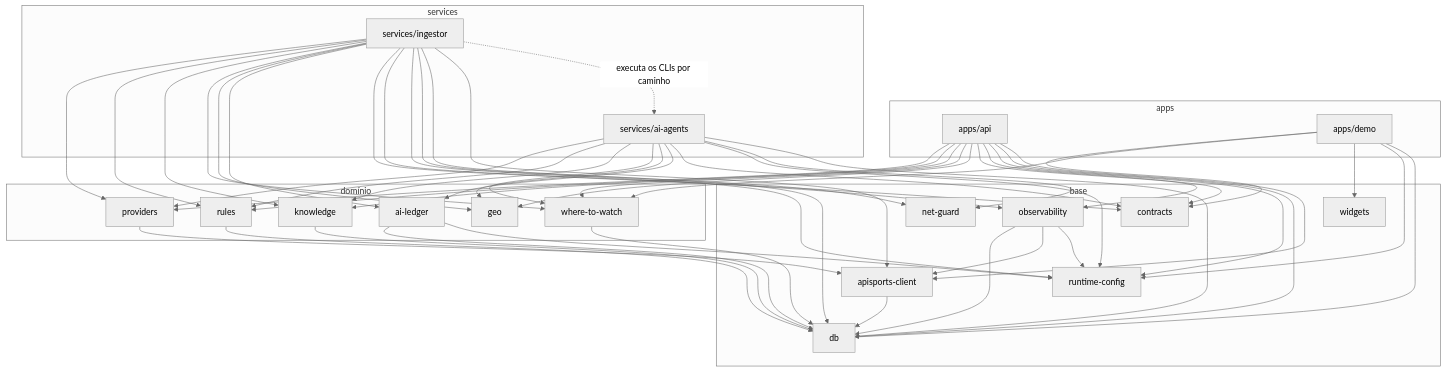
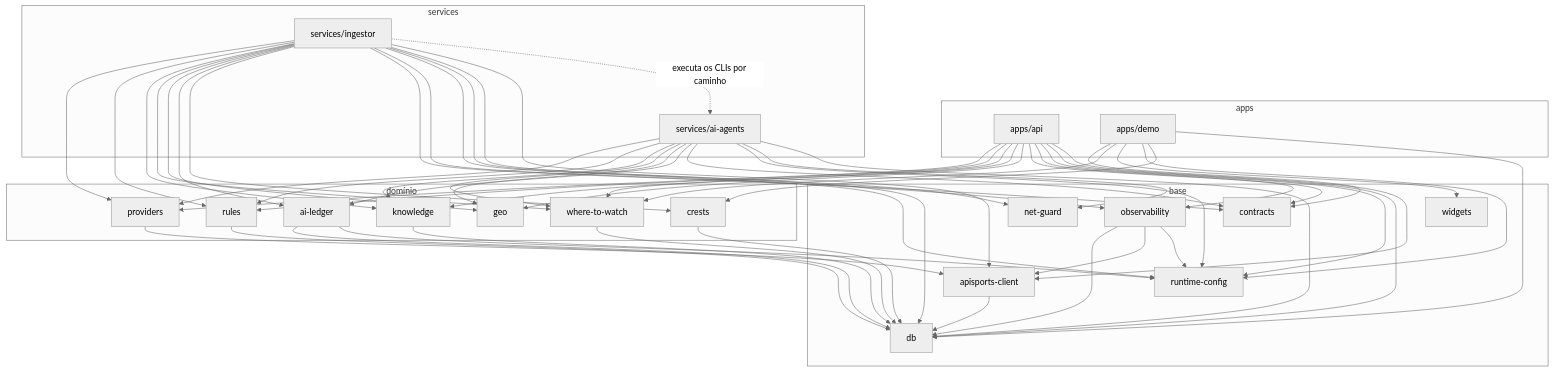
The diagram in docs/15-organizacao-do-monorepo.md (galaxie-works/galaxie-sports), drawn with Mermaid (neutral theme) before and after one commit. The commit also changed other lines of this file and 58 other files, not shown here.

````diff
--- a/docs/15-organizacao-do-monorepo.md
+++ b/docs/15-organizacao-do-monorepo.md
@@ -47,39 +48,40 @@
 ```mermaid
 flowchart TB
   subgraph apps
     API[apps/api]
     DEMO[apps/demo]
   end
   subgraph services
     ING[services/ingestor]
     AI[services/ai-agents]
   end
   subgraph domínio
     PROV[providers]
     RULES[rules]
     KNOW[knowledge]
     WTW[where-to-watch]
     GEO[geo]
     LEDGER[ai-ledger]
+    CREST[crests]
   end
   subgraph base
     DB[db]
     APIS[apisports-client]
     CONTR[contracts]
     RC[runtime-config]
     OBS[observability]
     NET[net-guard]
     WID[widgets]
   end
 
   API --> PROV & RULES & KNOW & WTW & GEO & CONTR & OBS & RC & DB & APIS
-  DEMO --> CONTR & WTW & WID & RC & DB
-  ING --> PROV & RULES & KNOW & WTW & GEO & LEDGER & CONTR & OBS & RC & NET & DB & APIS
+  DEMO --> CONTR & WTW & WID & RC & CREST & DB
+  ING --> PROV & RULES & KNOW & WTW & GEO & LEDGER & CREST & CONTR & OBS & RC & NET & DB & APIS
   AI --> PROV & RULES & KNOW & WTW & GEO & LEDGER & CONTR & RC & NET & DB
   ING -. executa os CLIs por caminho .-> AI
   PROV --> APIS
   APIS --> DB
-  RULES & KNOW & WTW --> DB
+  RULES & KNOW & WTW & CREST --> DB
   LEDGER --> DB & RC
   OBS --> DB & APIS & RC
 ```
````
